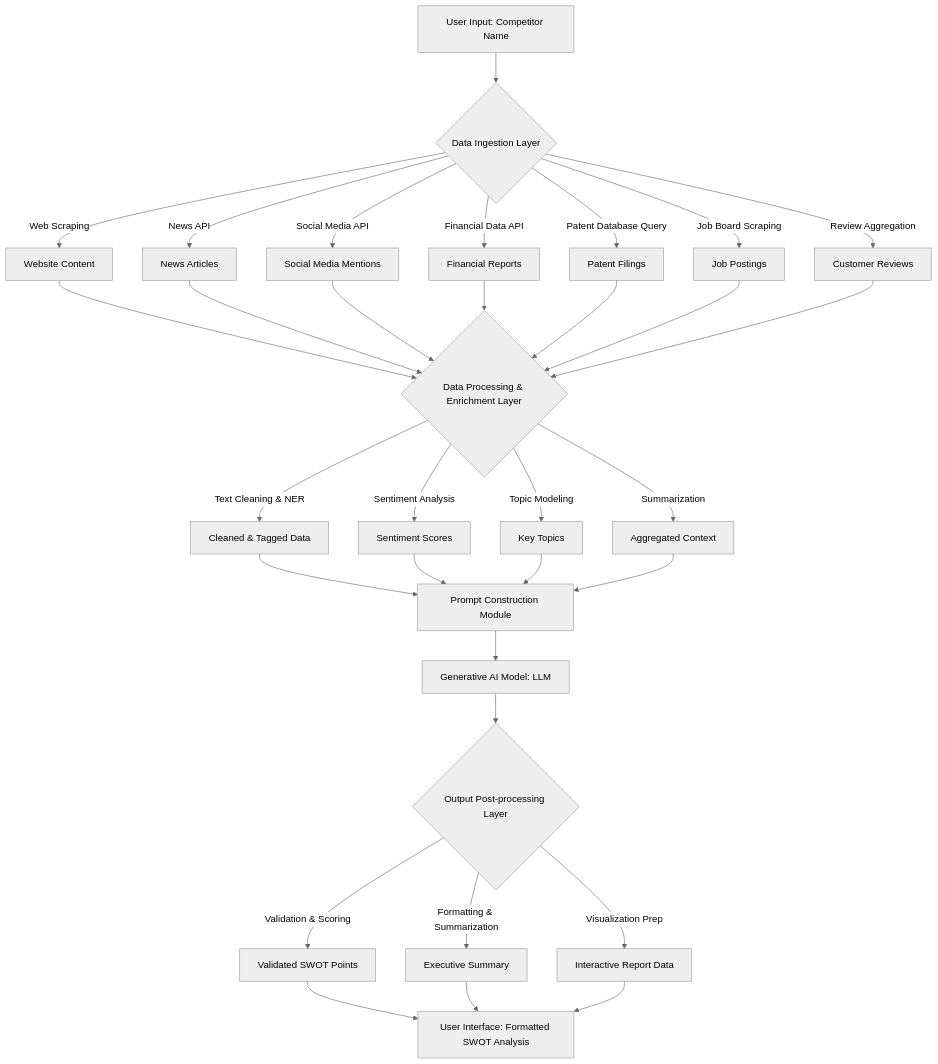
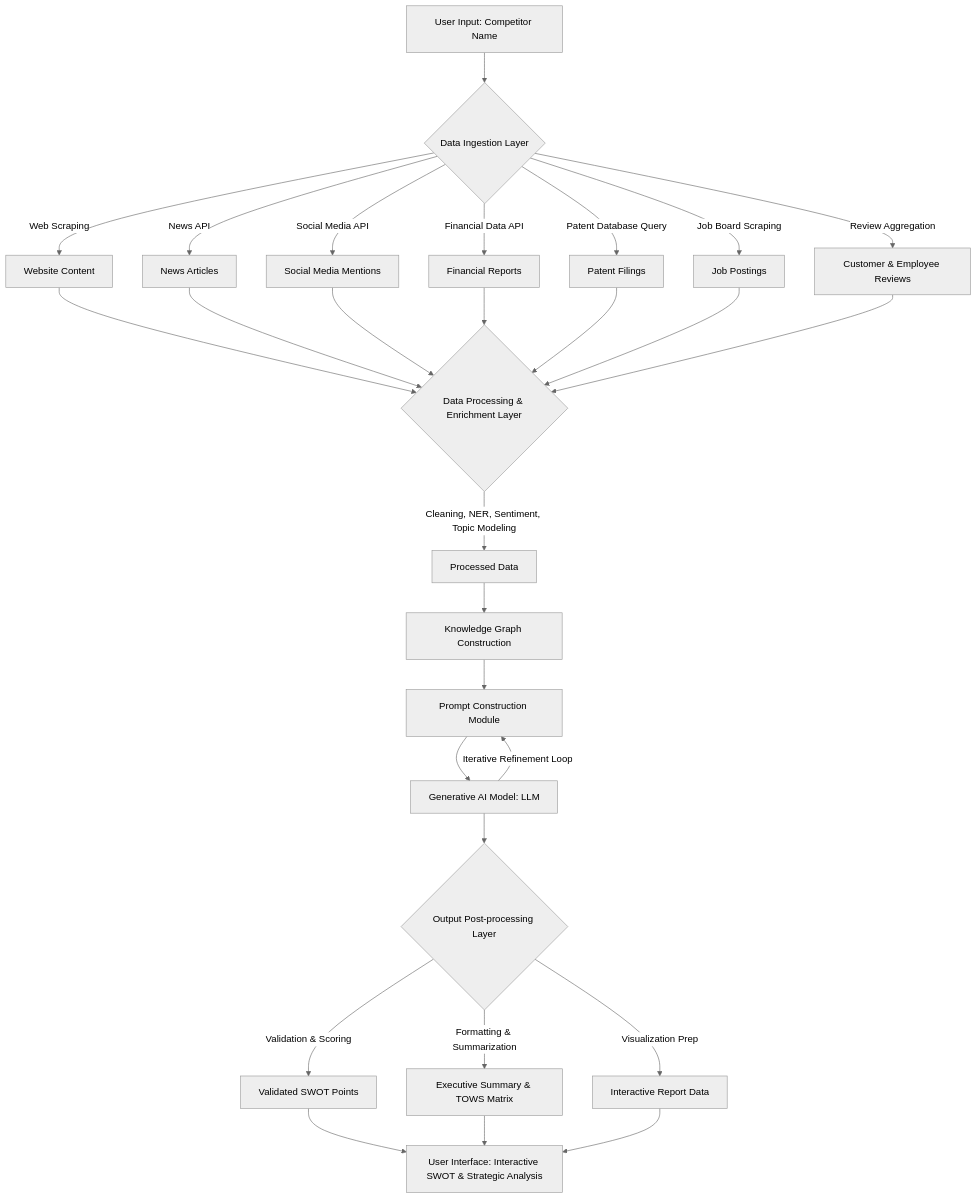
The first of 10 diagrams in inventions/041_ai_driven_competitive_analysis.md (diplomat-bit/Citibank_Demo_Business_Inc_Demonstration-), drawn with Mermaid (neutral theme) before and after one commit. The commit also changed other lines of this file, not shown here.

Commit message:
[AI] Edit: inventions/041_ai_driven_competitive_analysis.md

````diff
--- a/inventions/041_ai_driven_competitive_analysis.md
+++ b/inventions/041_ai_driven_competitive_analysis.md
@@ -84,26 +52,26 @@
 ```mermaid
 graph TD
     A[User Input: Competitor Name] --> B{Data Ingestion Layer}
     B -- Web Scraping --> C1[Website Content]
     B -- News API --> C2[News Articles]
     B -- Social Media API --> C3[Social Media Mentions]
     B -- Financial Data API --> C4[Financial Reports]
     B -- Patent Database Query --> C5[Patent Filings]
     B -- Job Board Scraping --> C6[Job Postings]
-    B -- Review Aggregation --> C7[Customer Reviews]
+    B -- Review Aggregation --> C7[Customer & Employee Reviews]
 
     C1 & C2 & C3 & C4 & C5 & C6 & C7 --> D{Data Processing & Enrichment Layer}
-    D -- Text Cleaning & NER --> E1[Cleaned & Tagged Data]
-    D -- Sentiment Analysis --> E2[Sentiment Scores]
-    D -- Topic Modeling --> E3[Key Topics]
-    D -- Summarization --> E4[Aggregated Context]
+    D -- Cleaning, NER, Sentiment, Topic Modeling --> E[Processed Data]
+    E --> KG[Knowledge Graph Construction]
 
-    E1 & E2 & E3 & E4 --> F[Prompt Construction Module]
+    KG --> F[Prompt Construction Module]
     F --> G[Generative AI Model: LLM]
+    G -- Iterative Refinement Loop --> F
+    
     G --> H{Output Post-processing Layer}
     H -- Validation & Scoring --> I1[Validated SWOT Points]
-    H -- Formatting & Summarization --> I2[Executive Summary]
+    H -- Formatting & Summarization --> I2[Executive Summary & TOWS Matrix]
     H -- Visualization Prep --> I3[Interactive Report Data]
 
-    I1 & I2 & I3 --> J[User Interface: Formatted SWOT Analysis]
+    I1 & I2 & I3 --> J[User Interface: Interactive SWOT & Strategic Analysis]
 ```
````
